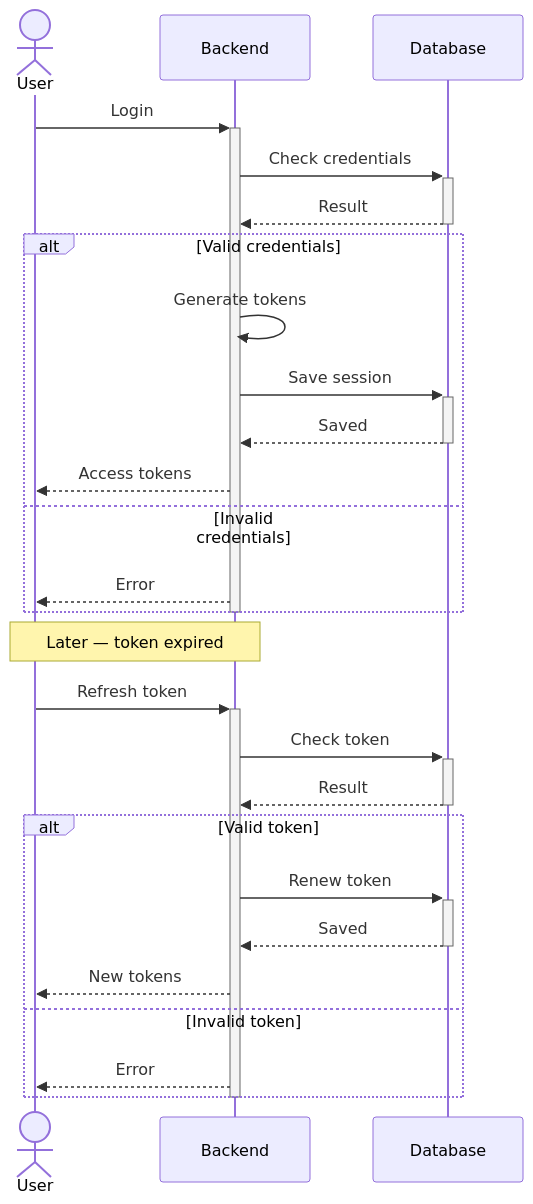
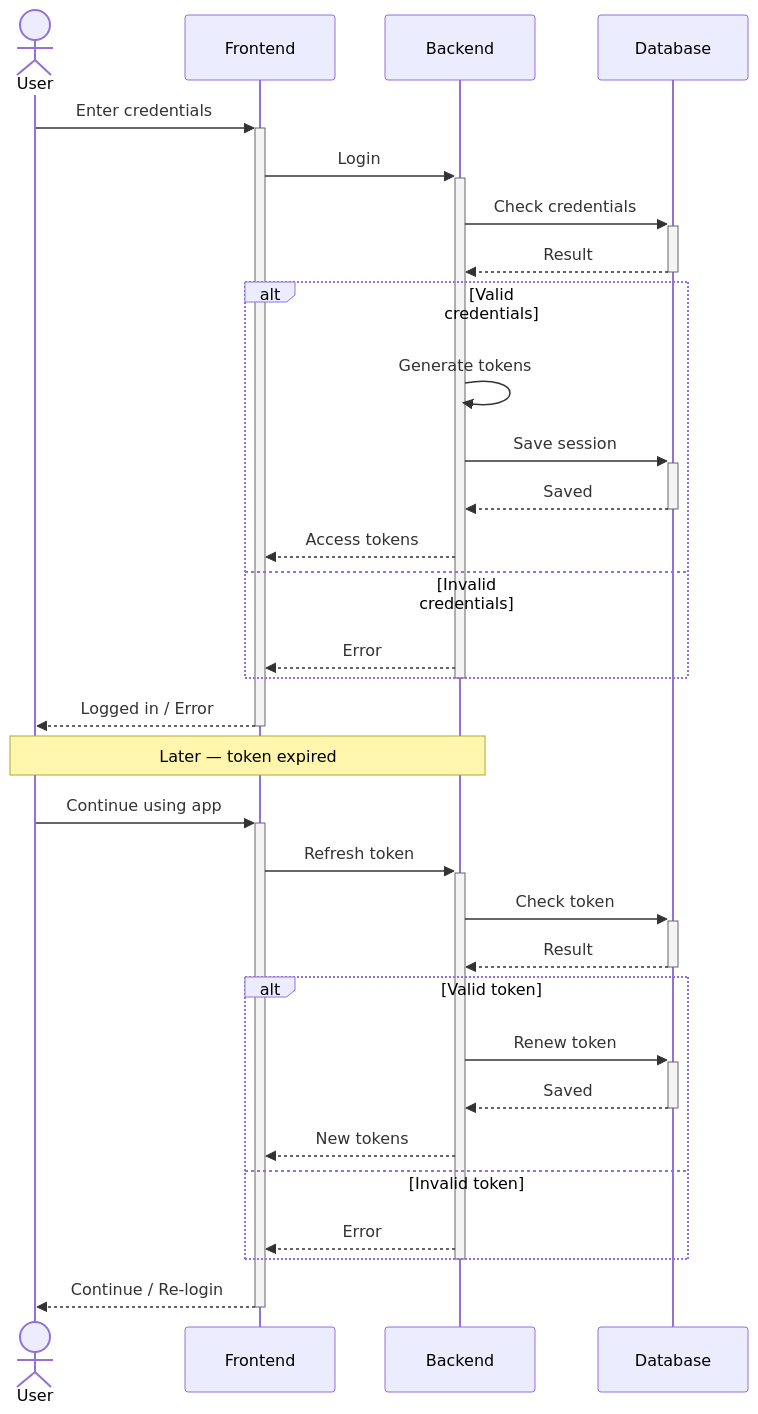
Before and after one commit to MohamedChebbi123/teamnest: the second of 16 diagrams in docs/SEQUENCE_DIAGRAMS.md, drawn with Mermaid. The commit also changed other lines of this file, not shown here.

````diff
--- a/docs/SEQUENCE_DIAGRAMS.md
+++ b/docs/SEQUENCE_DIAGRAMS.md
@@ -70,33 +70,38 @@
 ```mermaid
 sequenceDiagram
     actor User
+    participant FE as Frontend
     participant API as Backend
     participant DB as Database
 
-    User->>+API: Login
+    User->>+FE: Enter credentials
+    FE->>+API: Login
     API->>+DB: Check credentials
     DB-->>-API: Result
     alt Valid credentials
         API->>API: Generate tokens
         API->>+DB: Save session
         DB-->>-API: Saved
-        API-->>User: Access tokens
+        API-->>FE: Access tokens
     else Invalid credentials
-        API-->>User: Error
+        API-->>FE: Error
     end
     deactivate API
+    FE-->>-User: Logged in / Error
 
     Note over User,API: Later — token expired
 
-    User->>+API: Refresh token
+    User->>+FE: Continue using app
+    FE->>+API: Refresh token
     API->>+DB: Check token
     DB-->>-API: Result
     alt Valid token
         API->>+DB: Renew token
         DB-->>-API: Saved
-        API-->>User: New tokens
+        API-->>FE: New tokens
     else Invalid token
-        API-->>User: Error
+        API-->>FE: Error
     end
     deactivate API
+    FE-->>-User: Continue / Re-login
 ```
````
